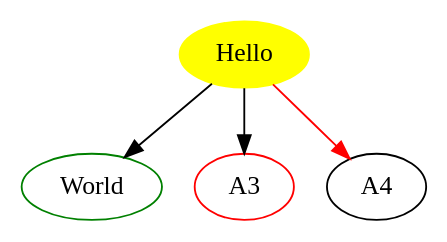
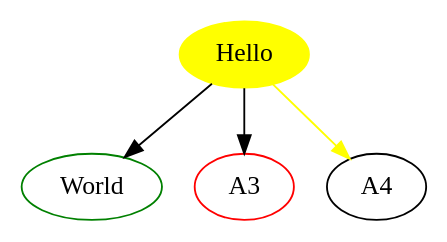
The diagram in example.dot (kapilsukhyani/testrepo), drawn with Graphviz before and after one commit.

```diff
--- a/example.dot
+++ b/example.dot
@@ -1,7 +1,7 @@
 digraph d {
  A [label="Hello",color=yellow, style=filled ]
  A1 [label="World"]
  
  A -> { A1[color=green]  A3[color=red]} 
- A -> { A4 } [color=red]
+ A -> { A4 } [color=yellow]
 }
```
